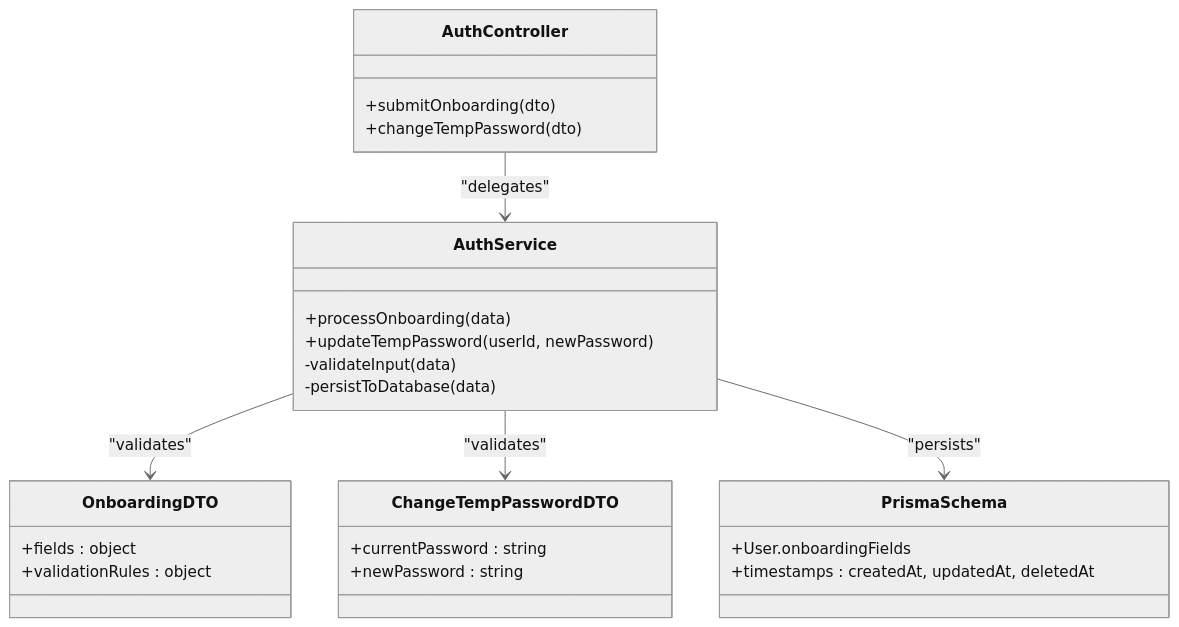
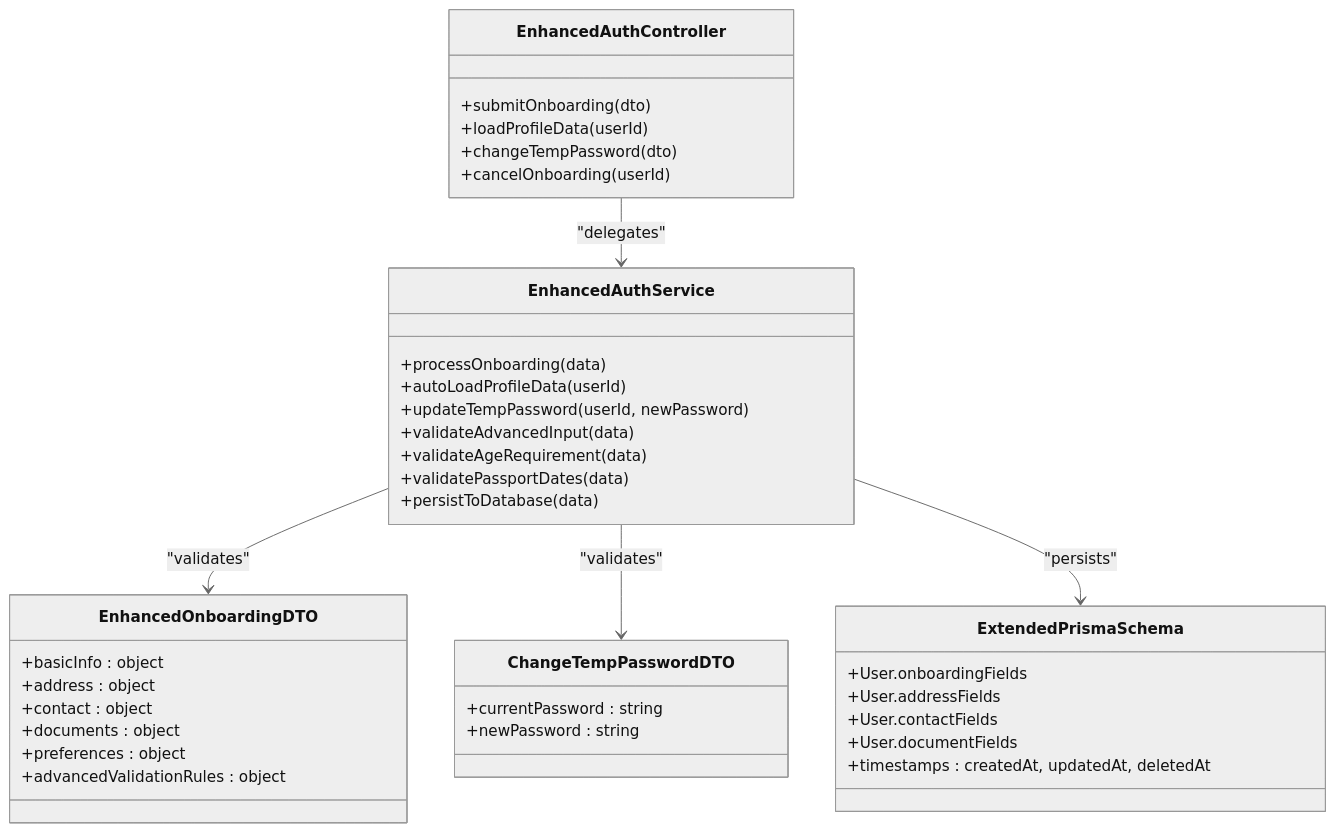
The fourth of 6 diagrams in .qoder/repowiki/en/content/Arquitetura Backend/Sistema Obrigatório de Onboarding.md (RobertRuas/windlog), drawn with Mermaid (neutral theme) before and after one commit. The commit also changed other lines of this file and 17 other files, not shown here.

````diff
--- a/.qoder/repowiki/en/content/Arquitetura Backend/Sistema Obrigatório de Onboarding.md
+++ b/.qoder/repowiki/en/content/Arquitetura Backend/Sistema Obrigatório de Onboarding.md
@@ -231,29 +269,41 @@
 ```mermaid
 classDiagram
-class AuthController {
+class EnhancedAuthController {
 +submitOnboarding(dto)
++loadProfileData(userId)
 +changeTempPassword(dto)
++cancelOnboarding(userId)
 }
-class AuthService {
+class EnhancedAuthService {
 +processOnboarding(data)
++autoLoadProfileData(userId)
 +updateTempPassword(userId, newPassword)
--validateInput(data)
--persistToDatabase(data)
++validateAdvancedInput(data)
++validateAgeRequirement(data)
++validatePassportDates(data)
++persistToDatabase(data)
 }
-class OnboardingDTO {
-+fields : object
-+validationRules : object
+class EnhancedOnboardingDTO {
++basicInfo : object
++address : object
++contact : object
++documents : object
++preferences : object
++advancedValidationRules : object
 }
 class ChangeTempPasswordDTO {
 +currentPassword : string
 +newPassword : string
 }
-class PrismaSchema {
+class ExtendedPrismaSchema {
 +User.onboardingFields
++User.addressFields
++User.contactFields
++User.documentFields
 +timestamps : createdAt, updatedAt, deletedAt
 }
-AuthController --> AuthService : "delegates"
-AuthService --> OnboardingDTO : "validates"
-AuthService --> ChangeTempPasswordDTO : "validates"
-AuthService --> PrismaSchema : "persists"
+EnhancedAuthController --> EnhancedAuthService : "delegates"
+EnhancedAuthService --> EnhancedOnboardingDTO : "validates"
+EnhancedAuthService --> ChangeTempPasswordDTO : "validates"
+EnhancedAuthService --> ExtendedPrismaSchema : "persists"
 ```
````
